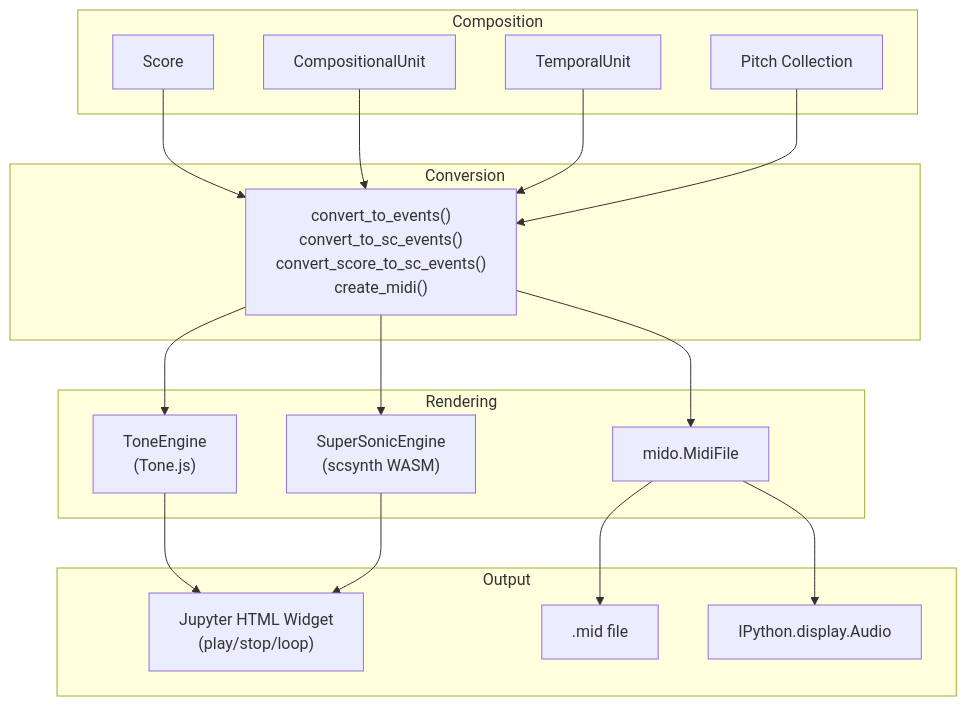
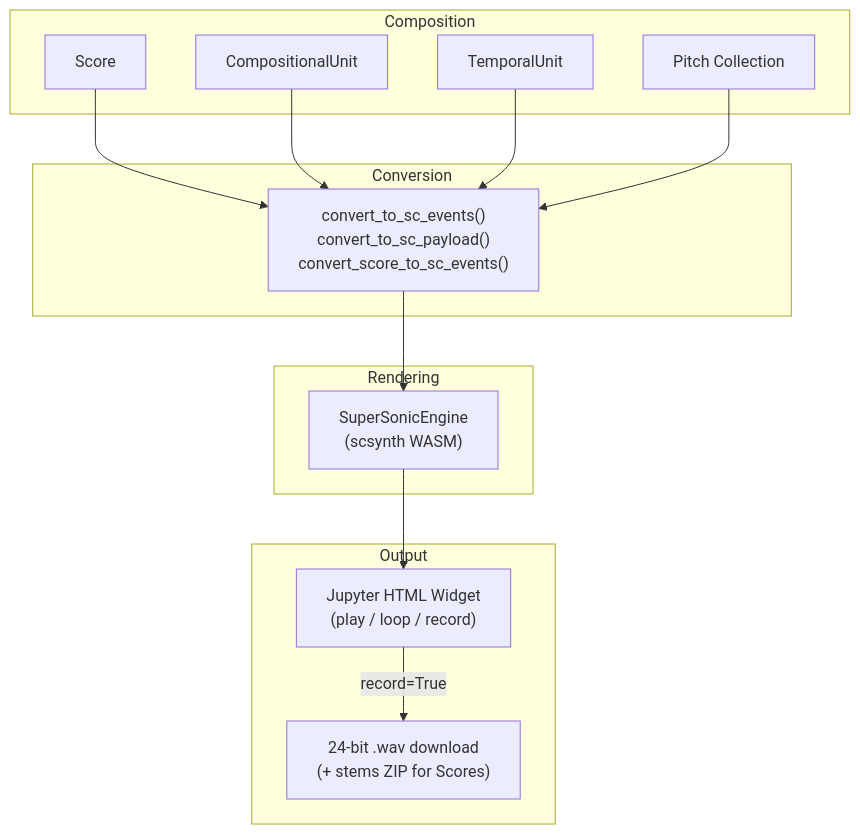
One commit to kr4g/Klotho changed the fourth of 4 diagrams in docs/architecture/07_PLAYBACK.md. Above: the diagram before and after it, drawn with Mermaid. The commit also changed other lines of this file and 59 other files, not shown here.

````diff
--- a/docs/architecture/07_PLAYBACK.md
+++ b/docs/architecture/07_PLAYBACK.md
@@ -487,39 +477,31 @@
 ```mermaid
 flowchart TD
     subgraph "Composition"
         SCR["Score"]
         UC["CompositionalUnit"]
         UT["TemporalUnit"]
         PC["Pitch Collection"]
     end
 
     subgraph "Conversion"
-        CONV["convert_to_events()<br/>convert_to_sc_events()<br/>convert_score_to_sc_events()<br/>create_midi()"]
+        CONV["convert_to_sc_events()<br/>convert_to_sc_payload()<br/>convert_score_to_sc_events()"]
     end
 
     subgraph "Rendering"
-        TONE["ToneEngine<br/>(Tone.js)"]
         SS["SuperSonicEngine<br/>(scsynth WASM)"]
-        MIDI["mido.MidiFile"]
     end
 
     subgraph "Output"
-        WIDGET["Jupyter HTML Widget<br/>(play/stop/loop)"]
-        FILE[".mid file"]
-        AUDIO["IPython.display.Audio"]
+        WIDGET["Jupyter HTML Widget<br/>(play / loop / record)"]
+        WAV["24-bit .wav download<br/>(+ stems ZIP for Scores)"]
     end
 
     SCR --> CONV
     UC --> CONV
     UT --> CONV
     PC --> CONV
 
-    CONV --> TONE
     CONV --> SS
-    CONV --> MIDI
-
-    TONE --> WIDGET
     SS --> WIDGET
-    MIDI --> FILE
-    MIDI --> AUDIO
+    WIDGET -->|"record=True"| WAV
 ```
````
